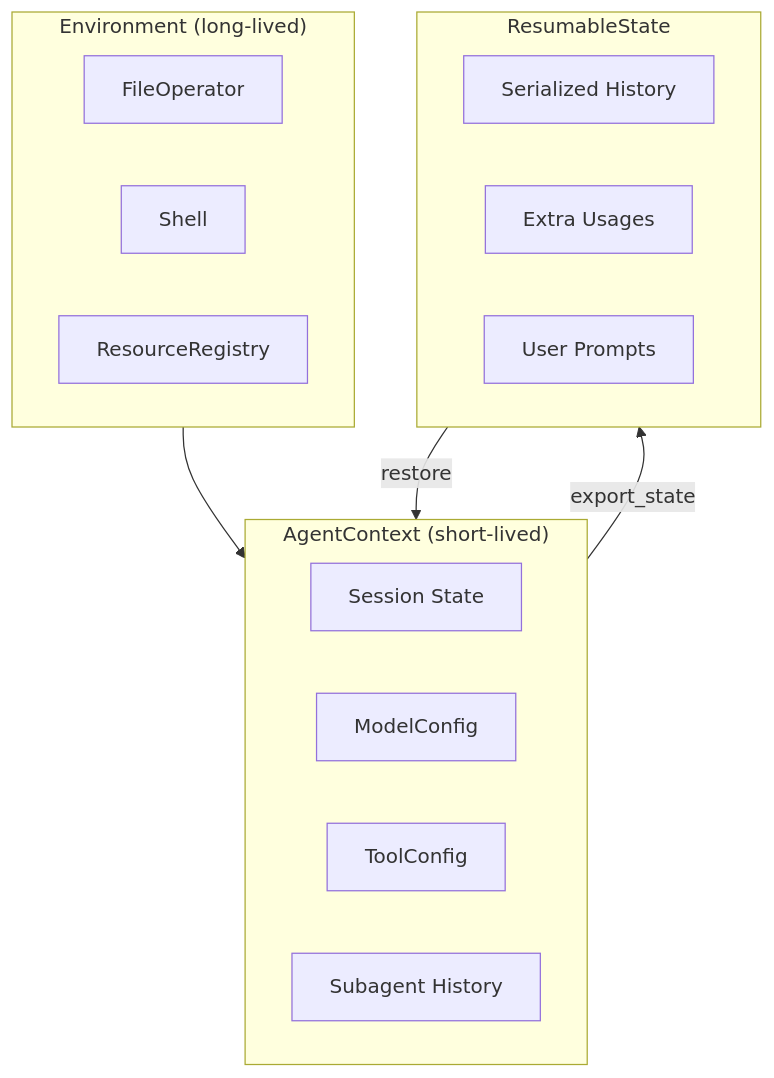
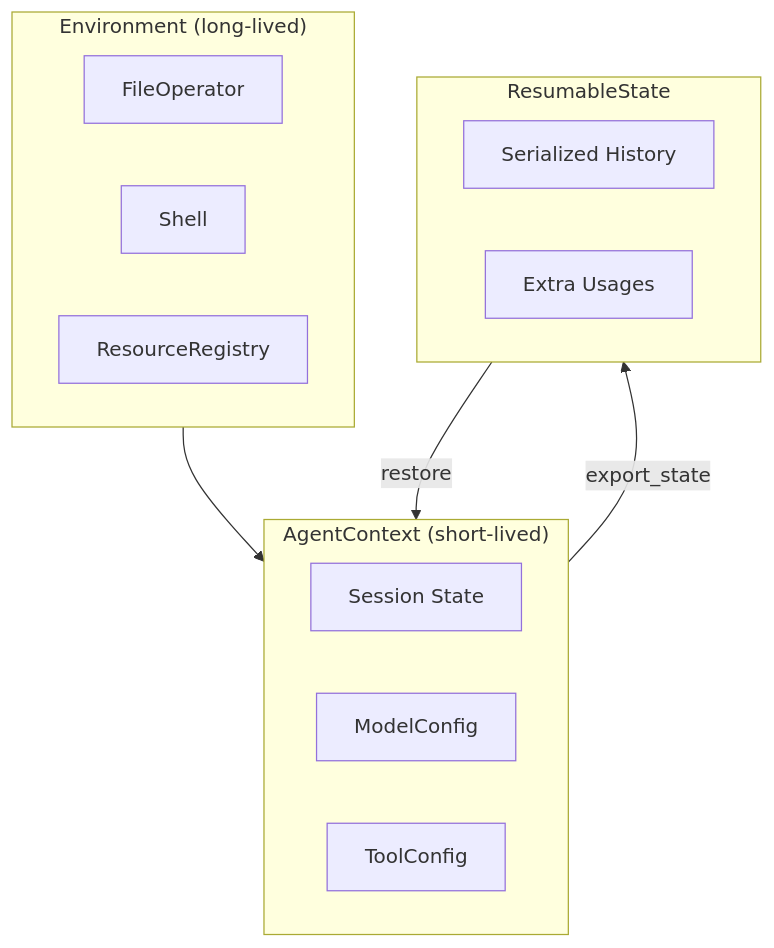
One commit to Wh1isper/ya-agent-sdk changed the diagram in docs/context.md. Above: the diagram before and after it, drawn with Mermaid. The commit also changed other lines of this file and 3 other files, not shown here.

````diff
--- a/docs/context.md
+++ b/docs/context.md
@@ -17,25 +12,23 @@
 ```mermaid
 flowchart TB
     subgraph Environment["Environment (long-lived)"]
         FileOp[FileOperator]
         Shell[Shell]
         Resources[ResourceRegistry]
     end
 
     subgraph Context["AgentContext (short-lived)"]
         State[Session State]
         ModelCfg[ModelConfig]
         ToolCfg[ToolConfig]
-        History[Subagent History]
     end
 
     subgraph Resumable["ResumableState"]
         SerializedHistory[Serialized History]
         Usages[Extra Usages]
-        Prompts[User Prompts]
     end
 
     Environment --> Context
     Context -->|export_state| Resumable
     Resumable -->|restore| Context
 ```
````
